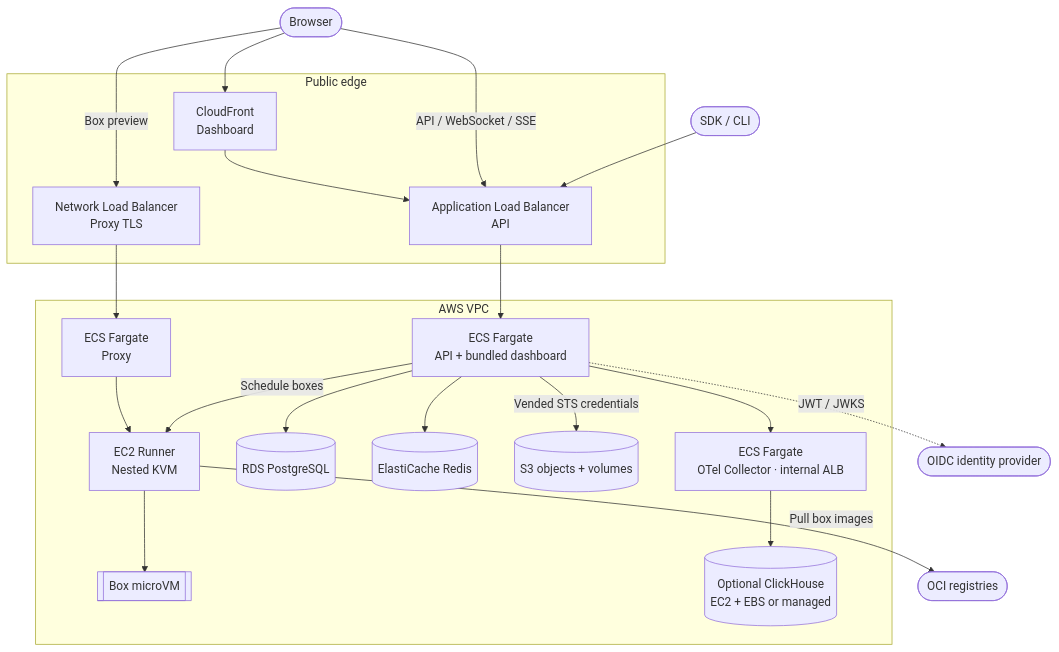
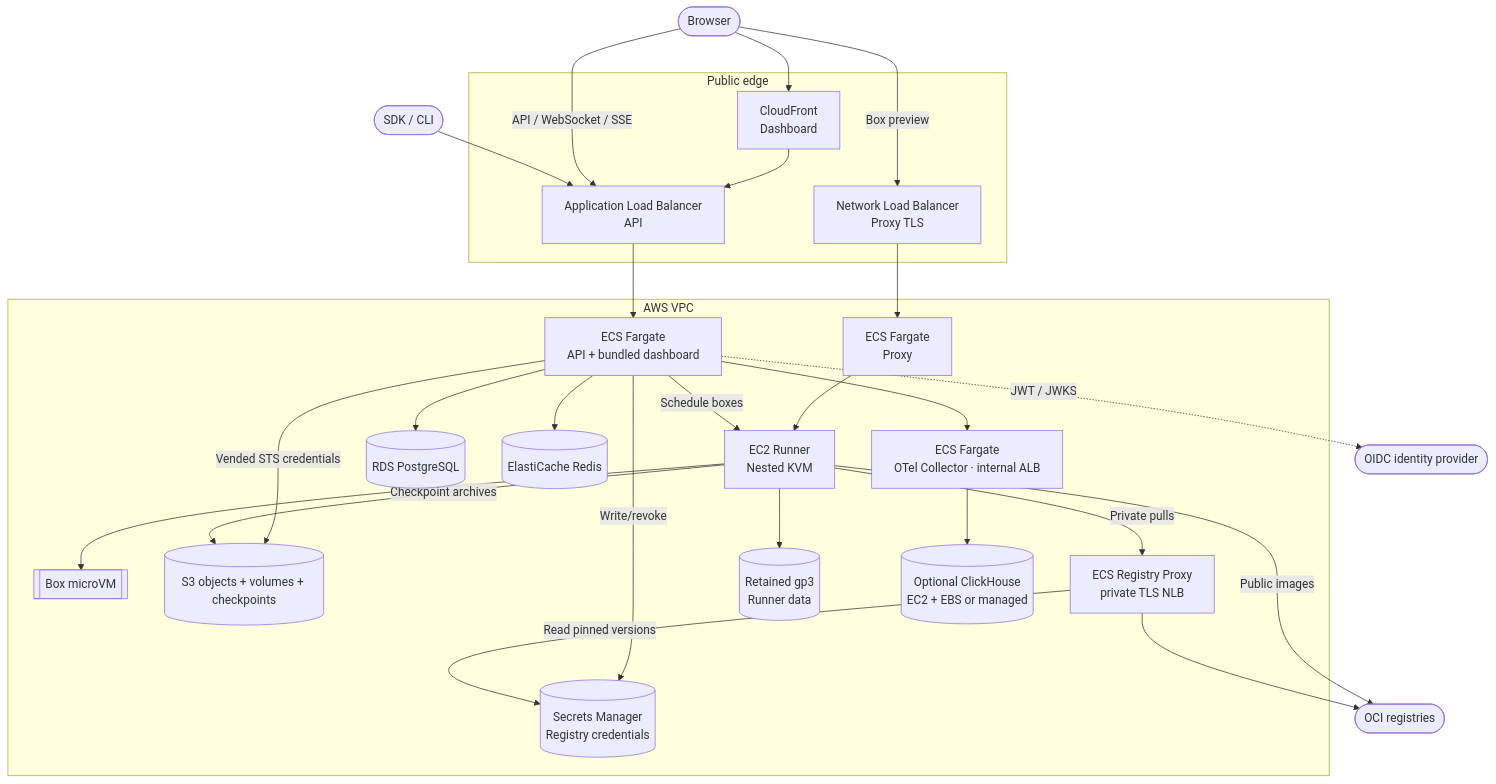
The first of 2 diagrams in apps/infra/docs/aws/architecture.md (boxlite-ai/boxlite), drawn with Mermaid before and after one commit. The commit also changed other lines of this file and 163 other files, not shown here.

````diff
--- a/apps/infra/docs/aws/architecture.md
+++ b/apps/infra/docs/aws/architecture.md
@@ -19,36 +19,44 @@
 ```mermaid
 flowchart TB
  browser(["Browser"])
  sdk(["SDK / CLI"])
  idp(["OIDC identity provider"])
  registry(["OCI registries"])
  subgraph edge["Public edge"]
   cf["CloudFront<br/>Dashboard"]
   alb["Application Load Balancer<br/>API"]
   nlb["Network Load Balancer<br/>Proxy TLS"]
  end
  subgraph vpc["AWS VPC"]
   api["ECS Fargate<br/>API + bundled dashboard"]
   proxy["ECS Fargate<br/>Proxy"]
   runner["EC2 Runner<br/>Nested KVM"]
   box[["Box microVM"]]
   pg[("RDS PostgreSQL")]
   redis[("ElastiCache Redis")]
-  s3[("S3 objects + volumes")]
+  s3[("S3 objects + volumes + checkpoints")]
+  credentials[("Secrets Manager<br/>Registry credentials")]
+  private_registry["ECS Registry Proxy<br/>private TLS NLB"]
+  data[("Retained gp3<br/>Runner data")]
   otel["ECS Fargate<br/>OTel Collector · internal ALB"]
   ch[("Optional ClickHouse<br/>EC2 + EBS or managed")]
  end
  browser -->cf -->alb
  browser -->|"API / WebSocket / SSE"|alb
  sdk -->alb
  browser -->|"Box preview"|nlb -->proxy
  alb -->api
  proxy -->runner -->box
  api -->pg
  api -->redis
  api -->|"Vended STS credentials"|s3
  api -->|"Schedule boxes"|runner
  api -. "JWT / JWKS" .->idp
  api -->otel -->ch
- runner -->|"Pull box images"|registry
+ runner -->|"Public images"|registry
+ runner -->|"Private pulls"|private_registry -->registry
+ api -->|"Write/revoke"|credentials
+ private_registry -->|"Read pinned versions"|credentials
+ runner -->data
+ runner -->|"Checkpoint archives"|s3
 ```
````
